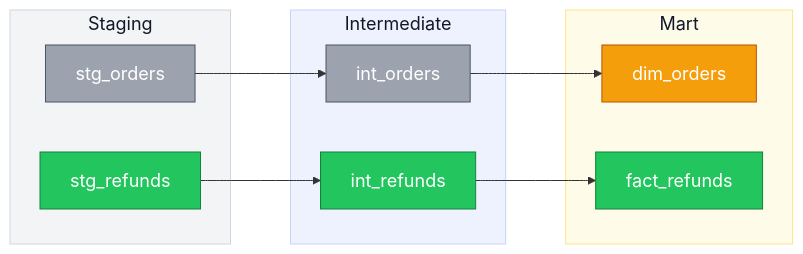
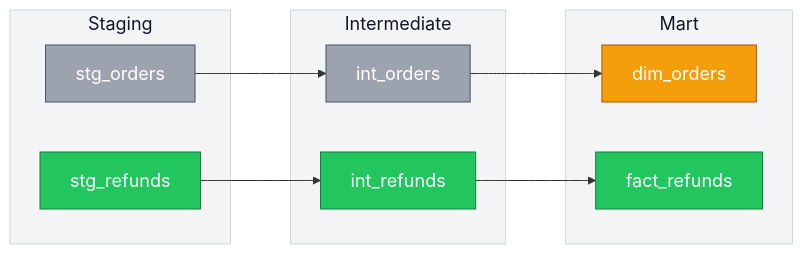
One commit to zachloertscher/claude-tools changed the first of 2 diagrams in README.md. Above: the diagram before and after it, drawn with Mermaid. The commit also changed other lines of this file and 1 other file, not shown here.

Commit message:
Use one neutral background for all subgraphs
Gray/indigo/amber per layer implied the groups differed in kind, when
staging/intermediate/mart are sequential stages of one pipeline. Color
spent on grouping is color stolen from the new/changed/untouched signal.

````diff
--- a/README.md
+++ b/README.md
@@ -13,29 +13,29 @@
 ```mermaid
 %%{init: {'themeVariables': {'fontSize':'18px'}, 'flowchart': {'nodeSpacing':50,'rankSpacing':60}}}%%
 flowchart LR
     classDef newNode fill:#22c55e,stroke:#15803d,color:#fff
     classDef changedNode fill:#f59e0b,stroke:#b45309,color:#fff
     classDef existingNode fill:#9ca3af,stroke:#4b5563,color:#fff
 
     subgraph staging[Staging]
         stg_orders["stg_orders"]:::existingNode
         stg_refunds["stg_refunds"]:::newNode
     end
 
     subgraph intermediate[Intermediate]
         int_orders["int_orders"]:::existingNode
         int_refunds["int_refunds"]:::newNode
     end
 
     subgraph mart[Mart]
         dim_orders["dim_orders"]:::changedNode
         fact_refunds["fact_refunds"]:::newNode
     end
 
     style staging fill:#f3f4f6,stroke:#d1d5db,color:#111827
-    style intermediate fill:#eef2ff,stroke:#c7d2fe,color:#111827
-    style mart fill:#fefce8,stroke:#fde68a,color:#111827
+    style intermediate fill:#f3f4f6,stroke:#d1d5db,color:#111827
+    style mart fill:#f3f4f6,stroke:#d1d5db,color:#111827
 
     stg_orders --> int_orders --> dim_orders
     stg_refunds --> int_refunds --> fact_refunds
 ```
````
